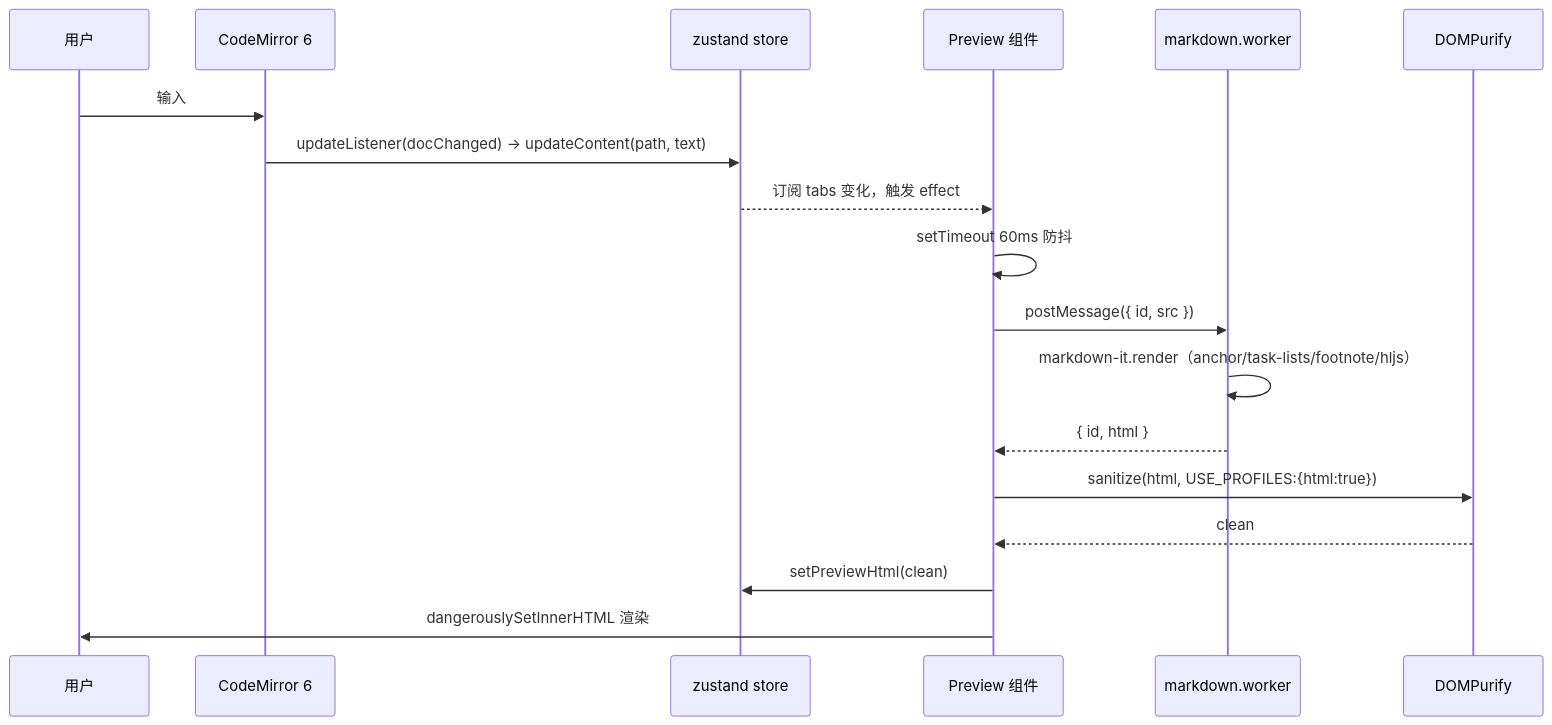
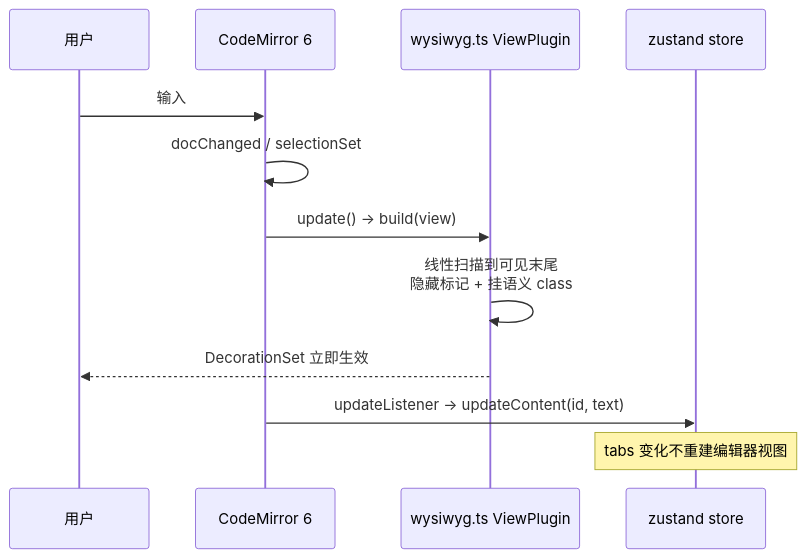
Before and after one commit to renxf0319/kore: the third of 5 diagrams in docs/设计文档.md, drawn with Mermaid. The commit also changed other lines of this file and 22 other files, not shown here.

````diff
--- a/docs/设计文档.md
+++ b/docs/设计文档.md
@@ -249,21 +329,15 @@
 ```mermaid
 sequenceDiagram
     participant U as 用户
     participant CM as CodeMirror 6
+    participant WY as wysiwyg.ts ViewPlugin
     participant ST as zustand store
-    participant PV as Preview 组件
-    participant W as markdown.worker
-    participant DP as DOMPurify
 
     U->>CM: 输入
-    CM->>ST: updateListener(docChanged) → updateContent(path, text)
-    ST-->>PV: 订阅 tabs 变化，触发 effect
-    PV->>PV: setTimeout 60ms 防抖
-    PV->>W: postMessage({ id, src })
-    W->>W: markdown-it.render（anchor/task-lists/footnote/hljs）
-    W-->>PV: { id, html }
-    PV->>DP: sanitize(html, USE_PROFILES:{html:true})
-    DP-->>PV: clean
-    PV->>ST: setPreviewHtml(clean)
-    PV->>U: dangerouslySetInnerHTML 渲染
+    CM->>CM: docChanged / selectionSet
+    CM->>WY: update() → build(view)
+    WY->>WY: 线性扫描到可见末尾<br/>隐藏标记 + 挂语义 class
+    WY-->>U: DecorationSet 立即生效
+    CM->>ST: updateListener → updateContent(id, text)
+    Note over ST: tabs 变化不重建编辑器视图
 ```
````
